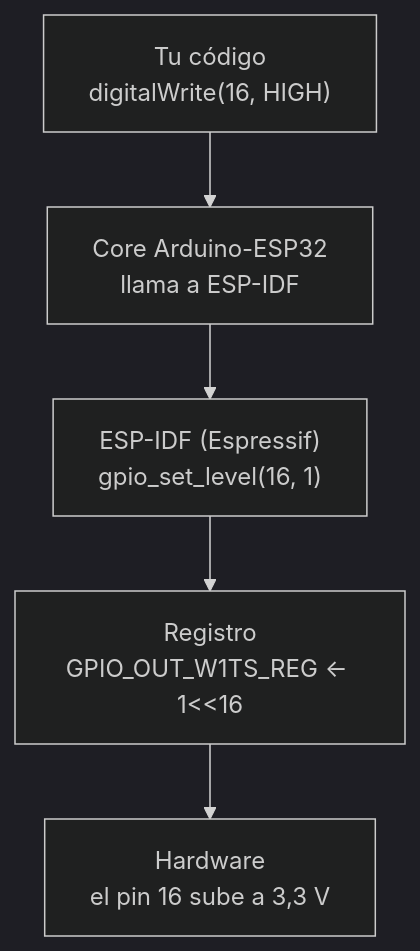
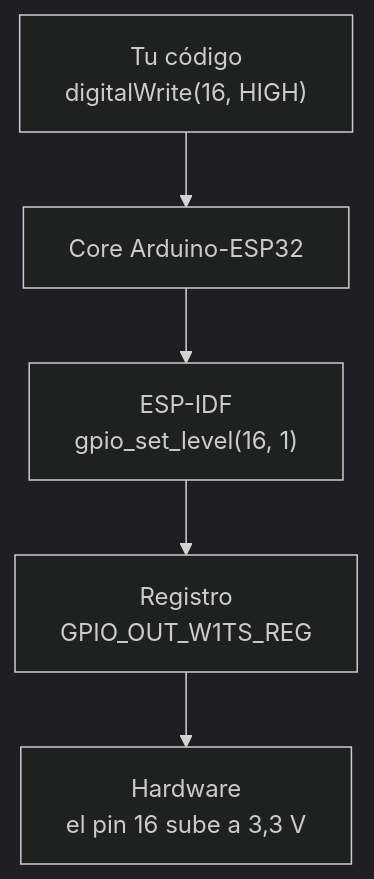
The fifth of 10 diagrams in unidad-1/apuntes/03-del-avr-al-esp32.md (AlejandroTatum/sistemas-digitales-unl), drawn with Mermaid (dark theme) before and after one commit. The commit also changed other lines of this file and 16 other files, not shown here.

````diff
--- a/unidad-1/apuntes/03-del-avr-al-esp32.md
+++ b/unidad-1/apuntes/03-del-avr-al-esp32.md
@@ -129,7 +132,7 @@
 ```mermaid
 flowchart TD
-    A["Tu código<br/>digitalWrite(16, HIGH)"] --> B["Core Arduino-ESP32<br/>llama a ESP-IDF"]
-    B --> C["ESP-IDF (Espressif)<br/>gpio_set_level(16, 1)"]
-    C --> D["Registro<br/>GPIO_OUT_W1TS_REG ← 1#lt;#lt;16"]
+    A["Tu código<br/>digitalWrite(16, HIGH)"] --> B["Core Arduino-ESP32"]
+    B --> C["ESP-IDF<br/>gpio_set_level(16, 1)"]
+    C --> D["Registro<br/>GPIO_OUT_W1TS_REG"]
     D --> E["Hardware<br/>el pin 16 sube a 3,3 V"]
 ```
````
